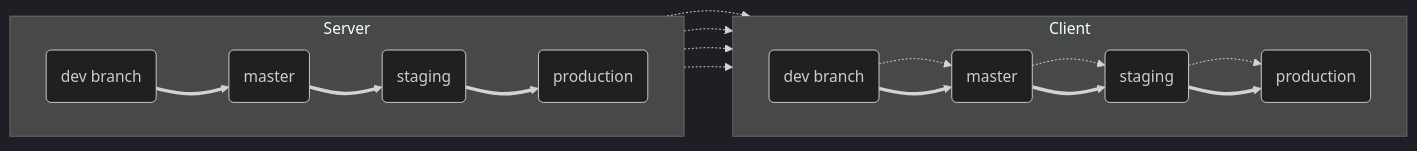
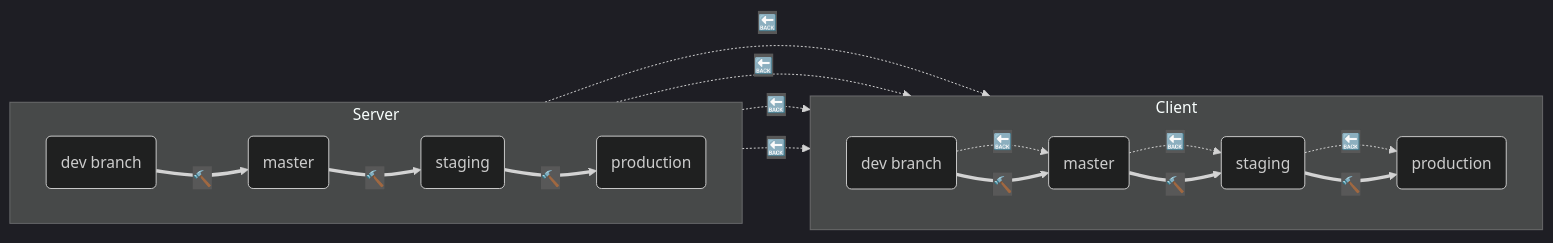
The diagram in services/api-server/README.md (ITISFoundation/osparc-simcore), drawn with Mermaid (dark theme) before and after one commit. The commit also changed other lines of this file, not shown here.

Commit message:
add icons for lengend

````diff
--- a/services/api-server/README.md
+++ b/services/api-server/README.md
@@ -42,25 +42,24 @@
 ```mermaid
 
 flowchart LR
   subgraph Client
     direction LR
-    A2(dev branch) .-> B2(master) .-> C2(staging) .-> D2(production)
-    A2(dev branch) ==> B2(master) ==> C2(staging) ==> D2(production)
+    A2(dev branch) .->|"🔙"| B2(master) .->|"🔙"| C2(staging) .->|"🔙"| D2(production)
+    A2(dev branch) ==>|"🔨"| B2(master) ==>|"🔨"| C2(staging) ==>|"🔨"| D2(production)
   end
   subgraph Server
     direction LR
     A1(dev branch) ~~~ B1(master) ~~~ C1(staging) ~~~ D1(production)
-    A1(dev branch) ==> B1(master) ==> C1(staging) ==> D1(production)
+    A1(dev branch) ==>|"🔨"| B1(master) ==>|"🔨"| C1(staging) ==>|"🔨"| D1(production)
   end
 
-  A1 .-> A2
-  B1 .-> B2
-  C1 .-> C2
-  D1 .-> D2
+  A1 .->|"🔙"| A2
+  B1 .->|"🔙"| B2
+  C1 .->|"🔙"| C2
+  D1 .->|"🔙"| D2
 
   A2 ~~~ A1
   B2 ~~~ B1
   C2 ~~~ C1
   D2 ~~~ D1
-
 ```
````
